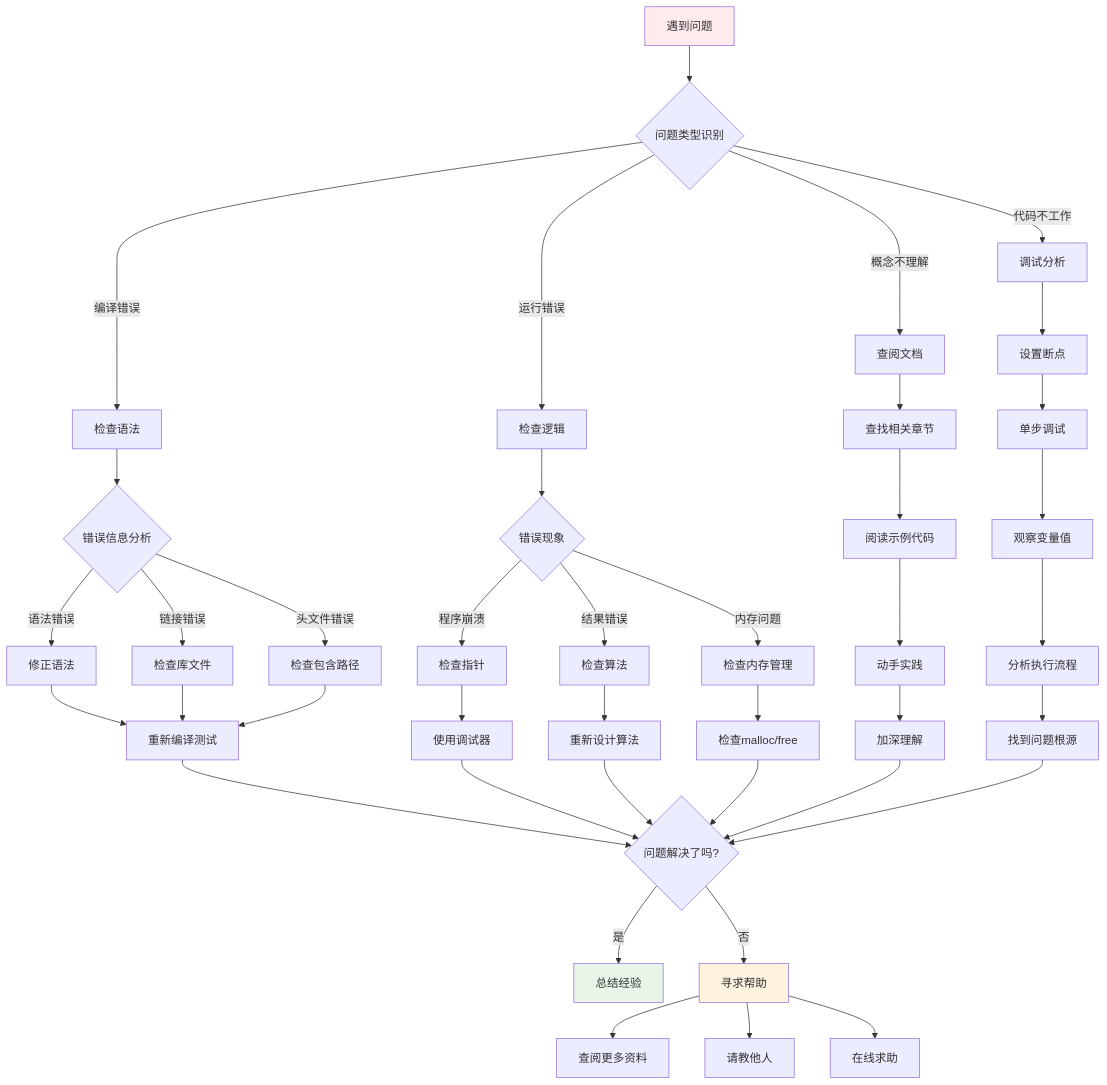
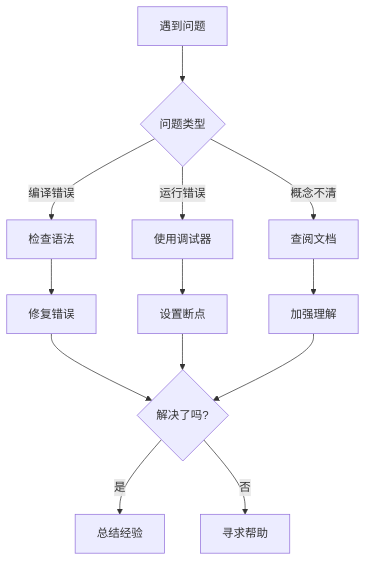
Before and after one commit to hulu798/C-Notes: diagram 14 of 15 in README.md, drawn with Mermaid. The commit also changed other lines of this file, not shown here.

````diff
--- a/README.md
+++ b/README.md
@@ -802,55 +592,18 @@
 ```mermaid
 flowchart TD
-    A[遇到问题] --> B{问题类型识别}
+    A[遇到问题] --> B{问题类型}
+    B -->|编译错误| C[检查语法]
+    B -->|运行错误| D[使用调试器]
+    B -->|概念不清| E[查阅文档]
     
-    B -->|编译错误| C[检查语法]
-    B -->|运行错误| D[检查逻辑]
-    B -->|概念不理解| E[查阅文档]
-    B -->|代码不工作| F[调试分析]
+    C --> F[修复错误]
+    D --> G[设置断点]
+    E --> H[加强理解]
     
-    C --> G{错误信息分析}
-    G -->|语法错误| H[修正语法]
-    G -->|链接错误| I[检查库文件]
-    G -->|头文件错误| J[检查包含路径]
+    F --> I{解决了吗?}
+    G --> I
+    H --> I
     
-    D --> K{错误现象}
-    K -->|程序崩溃| L[检查指针]
-    K -->|结果错误| M[检查算法]
-    K -->|内存问题| N[检查内存管理]
-    
-    E --> O[查找相关章节]
-    O --> P[阅读示例代码]
-    P --> Q[动手实践]
-    
-    F --> R[设置断点]
-    R --> S[单步调试]
-    S --> T[观察变量值]
-    T --> U[分析执行流程]
-    
-    H --> V[重新编译测试]
-    I --> V
-    J --> V
-    L --> W[使用调试器]
-    M --> X[重新设计算法]
-    N --> Y[检查malloc/free]
-    Q --> Z[加深理解]
-    U --> AA[找到问题根源]
-    
-    V --> BB{问题解决了吗?}
-    W --> BB
-    X --> BB
-    Y --> BB
-    Z --> BB
-    AA --> BB
-    
-    BB -->|是| CC[总结经验]
-    BB -->|否| DD[寻求帮助]
-    
-    DD --> EE[查阅更多资料]
-    DD --> FF[请教他人]
-    DD --> GG[在线求助]
-    
-    style A fill:#ffebee
-    style CC fill:#e8f5e8
-    style DD fill:#fff3e0
+    I -->|是| J[总结经验]
+    I -->|否| K[寻求帮助]
 ```
````
